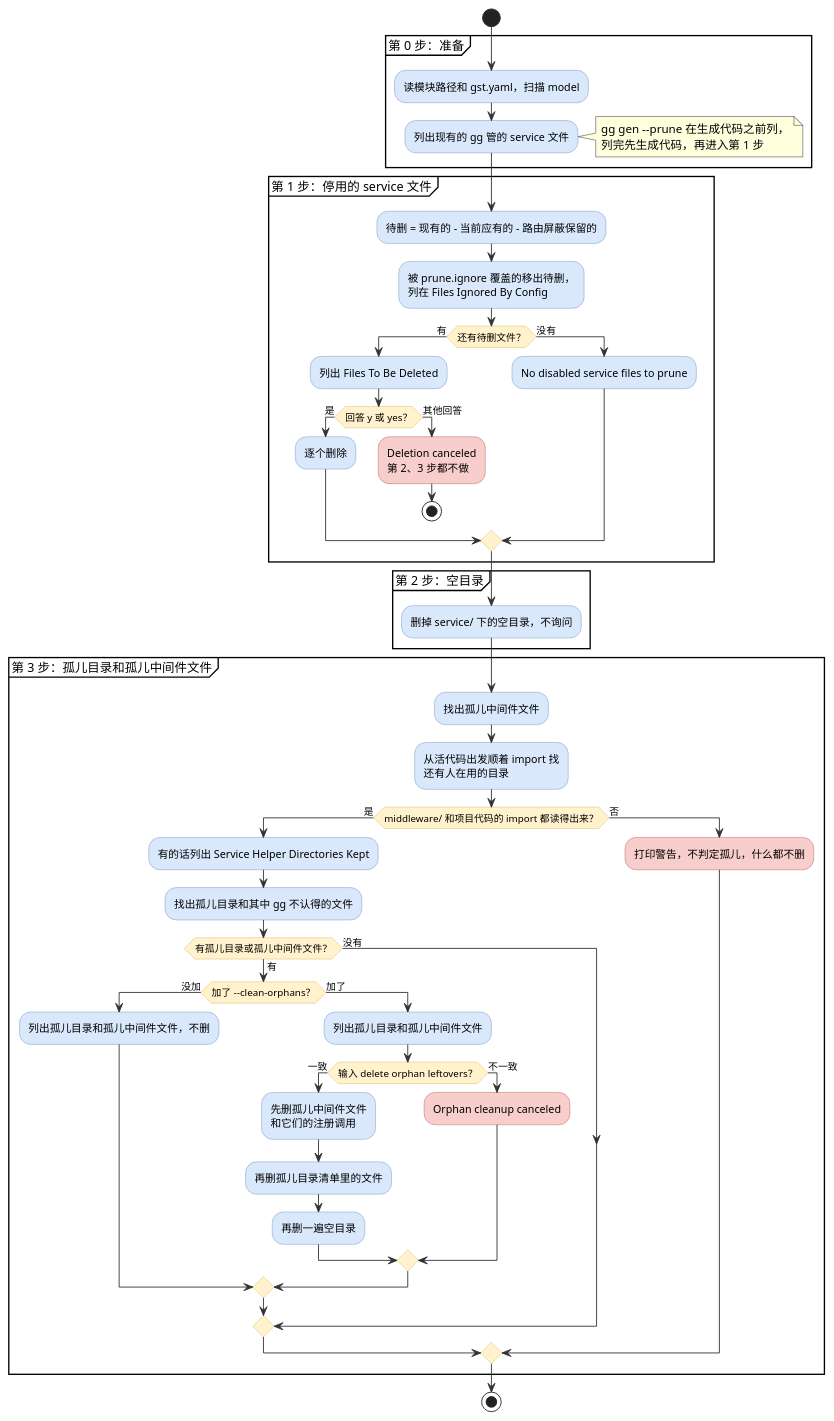
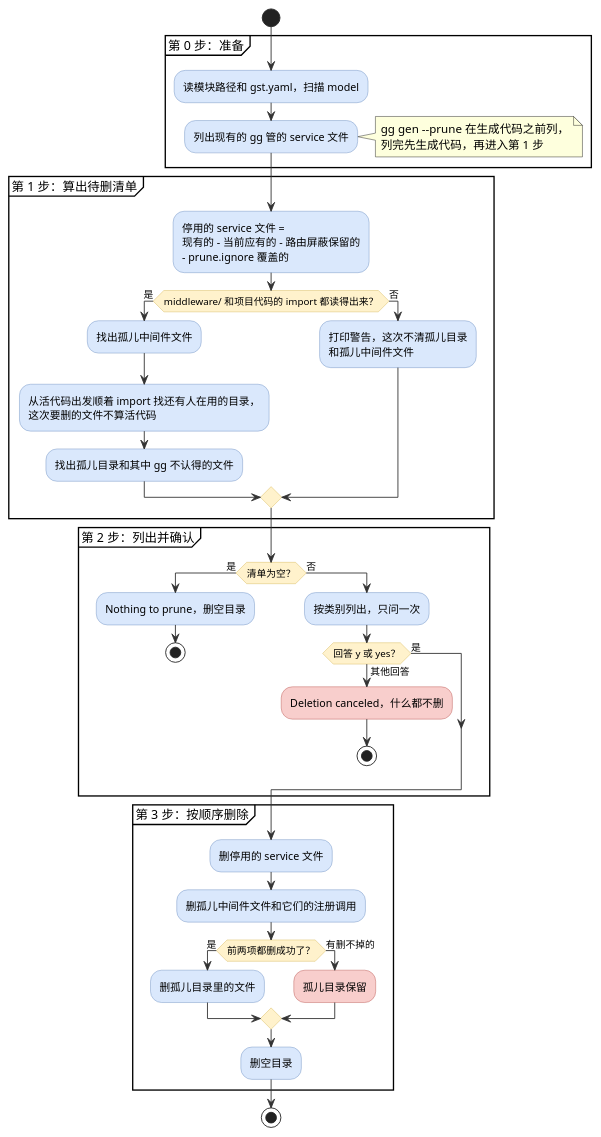
Before and after one commit to hydroan/gst: the first of 2 diagrams in cmd/gg/PRUNE.md, drawn with PlantUML. The commit also changed other lines of this file and 11 other files, not shown here.

````diff
--- a/cmd/gg/PRUNE.md
+++ b/cmd/gg/PRUNE.md
@@ -15,71 +18,61 @@
 ```plantuml
 @startuml
 skinparam activity {
   BackgroundColor #dae8fc
   BorderColor #6c8ebf
   ArrowColor #333333
   DiamondBackgroundColor #fff2cc
   DiamondBorderColor #d6b656
   BackgroundColor<<cancel>> #f8cecc
   BorderColor<<cancel>> #b85450
 }
 
 start
 partition "第 0 步：准备" {
   :读模块路径和 gst.yaml，扫描 model;
   :列出现有的 gg 管的 service 文件;
   note right
     gg gen --prune 在生成代码之前列，
     列完先生成代码，再进入第 1 步
   end note
 }
-partition "第 1 步：停用的 service 文件" {
-  :待删 = 现有的 - 当前应有的 - 路由屏蔽保留的;
-  :被 prune.ignore 覆盖的移出待删，
-  列在 Files Ignored By Config;
-  if (还有待删文件？) then (有)
-    :列出 Files To Be Deleted;
+partition "第 1 步：算出待删清单" {
+  :停用的 service 文件 =
+  现有的 - 当前应有的 - 路由屏蔽保留的
+  - prune.ignore 覆盖的;
+  if (middleware/ 和项目代码的 import 都读得出来？) then (是)
+    :找出孤儿中间件文件;
+    :从活代码出发顺着 import 找还有人在用的目录，
+    这次要删的文件不算活代码;
+    :找出孤儿目录和其中 gg 不认得的文件;
+  else (否)
+    :打印警告，这次不清孤儿目录
+    和孤儿中间件文件;
+  endif
+}
+partition "第 2 步：列出并确认" {
+  if (清单为空？) then (是)
+    :Nothing to prune，删空目录;
+    stop
+  else (否)
+    :按类别列出，只问一次;
     if (回答 y 或 yes？) then (是)
-      :逐个删除;
     else (其他回答)
-      :Deletion canceled
-      第 2、3 步都不做; <<cancel>>
+      :Deletion canceled，什么都不删; <<cancel>>
       stop
     endif
-  else (没有)
-    :No disabled service files to prune;
   endif
 }
-partition "第 2 步：空目录" {
-  :删掉 service/ 下的空目录，不询问;
-}
-partition "第 3 步：孤儿目录和孤儿中间件文件" {
-  :找出孤儿中间件文件;
-  :从活代码出发顺着 import 找
-  还有人在用的目录;
-  if (middleware/ 和项目代码的 import 都读得出来？) then (是)
-    :有的话列出 Service Helper Directories Kept;
-    :找出孤儿目录和其中 gg 不认得的文件;
-    if (有孤儿目录或孤儿中间件文件？) then (有)
-      if (加了 --clean-orphans？) then (没加)
-        :列出孤儿目录和孤儿中间件文件，不删;
-      else (加了)
-        :列出孤儿目录和孤儿中间件文件;
-        if (输入 delete orphan leftovers？) then (一致)
-          :先删孤儿中间件文件
-          和它们的注册调用;
-          :再删孤儿目录清单里的文件;
-          :再删一遍空目录;
-        else (不一致)
-          :Orphan cleanup canceled; <<cancel>>
-        endif
-      endif
-    else (没有)
-    endif
-  else (否)
-    :打印警告，不判定孤儿，什么都不删; <<cancel>>
+partition "第 3 步：按顺序删除" {
+  :删停用的 service 文件;
+  :删孤儿中间件文件和它们的注册调用;
+  if (前两项都删成功了？) then (是)
+    :删孤儿目录里的文件;
+  else (有删不掉的)
+    :孤儿目录保留; <<cancel>>
   endif
+  :删空目录;
 }
 stop
 @enduml
 ```
````
